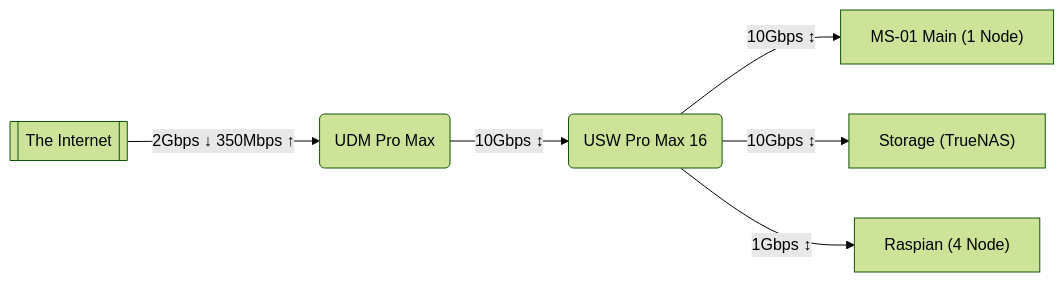
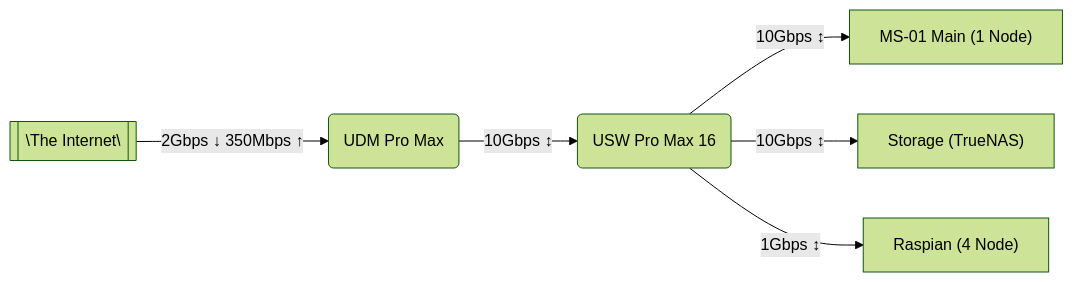
One commit to kashalls/home-cluster changed the diagram in README.md. Above: the diagram before and after it, drawn with Mermaid (forest theme).

Commit message:
chore(readme): update network section

````diff
--- a/README.md
+++ b/README.md
@@ -67,8 +67,8 @@
 ```mermaid
 flowchart LR
-    A[["The Internet"]] -- 2Gbps ↓ 350Mbps  ↑ --> B("UDM Pro Max");
+    A[["\"The Internet\""]] -- 2Gbps ↓ 350Mbps  ↑ --> B("UDM Pro Max");
     B -- 10Gbps ↕ --> C("USW Pro Max 16")
     C -- 10Gbps ↕ --> D["MS-01 Main (1 Node)"]
     C -- 10Gbps ↕ --> E["Storage (TrueNAS)"]
     C -- 1Gbps ↕ --> F["Raspian (4 Node)"]
 ```
````
